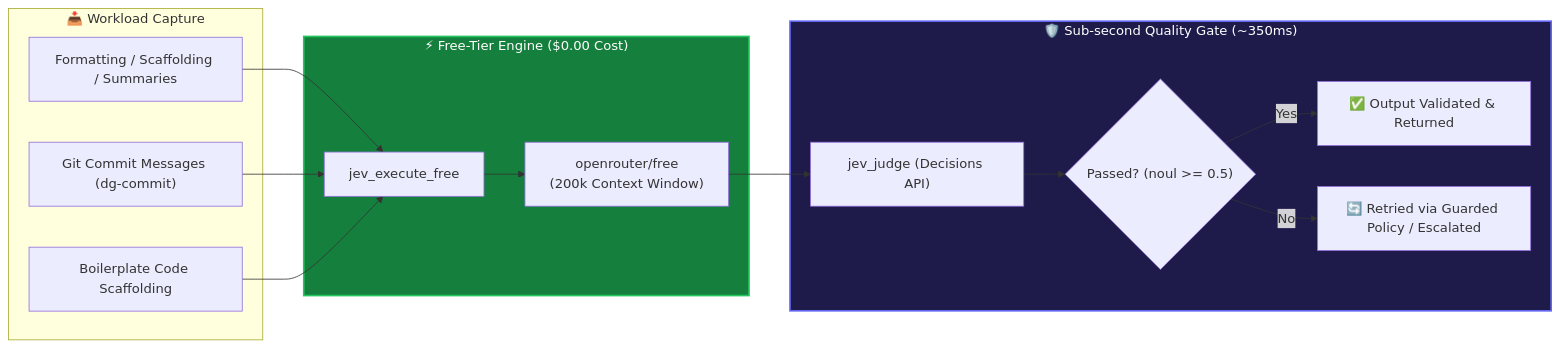
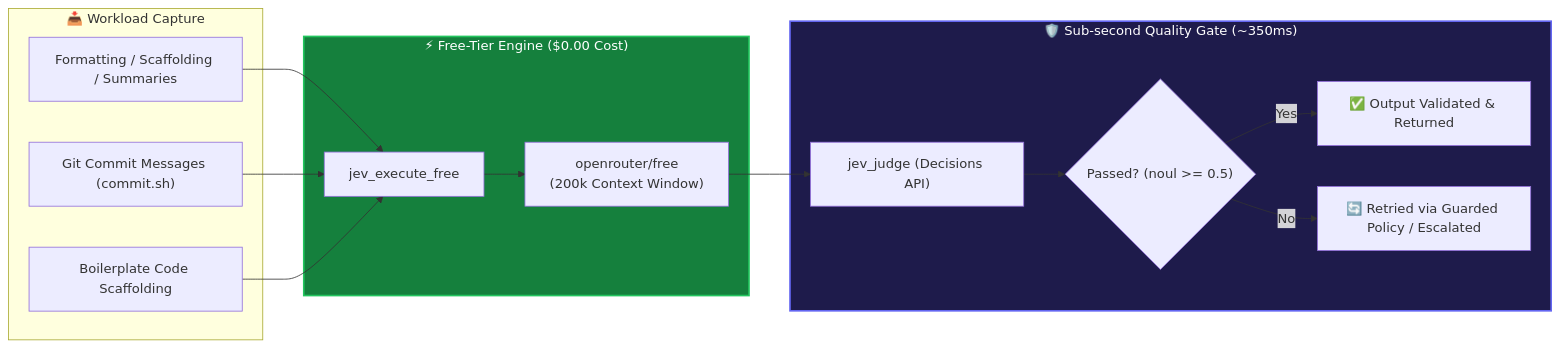
The second of 3 diagrams in plugins/jev/README.md (rockad/agentic-hub), drawn with Mermaid before and after one commit. The commit also changed other lines of this file and 13 other files, not shown here.

````diff
--- a/plugins/jev/README.md
+++ b/plugins/jev/README.md
@@ -128,27 +128,27 @@
 ```mermaid
 flowchart LR
     subgraph Input["📥 Workload Capture"]
         A["Formatting / Scaffolding / Summaries"]
-        B["Git Commit Messages (dg-commit)"]
+        B["Git Commit Messages (commit.sh)"]
         C["Boilerplate Code Scaffolding"]
     end
 
     subgraph FreeEngine["⚡ Free-Tier Engine ($0.00 Cost)"]
         D["jev_execute_free"] --> E["openrouter/free\n(200k Context Window)"]
     end
 
     subgraph Gate["🛡️ Sub-second Quality Gate (~350ms)"]
         F["jev_judge (Decisions API)"]
         F --> G{"Passed? (noul >= 0.5)"}
         G -->|Yes| H["✅ Output Validated & Returned"]
         G -->|No| I["🔄 Retried via Guarded Policy / Escalated"]
     end
 
     A --> D
     B --> D
     C --> D
     E --> F
 
     style FreeEngine fill:#15803d,color:#fff,stroke:#22c55e,stroke-width:2px
     style Gate fill:#1e1b4b,color:#fff,stroke:#6366f1,stroke-width:2px
 ```
````
